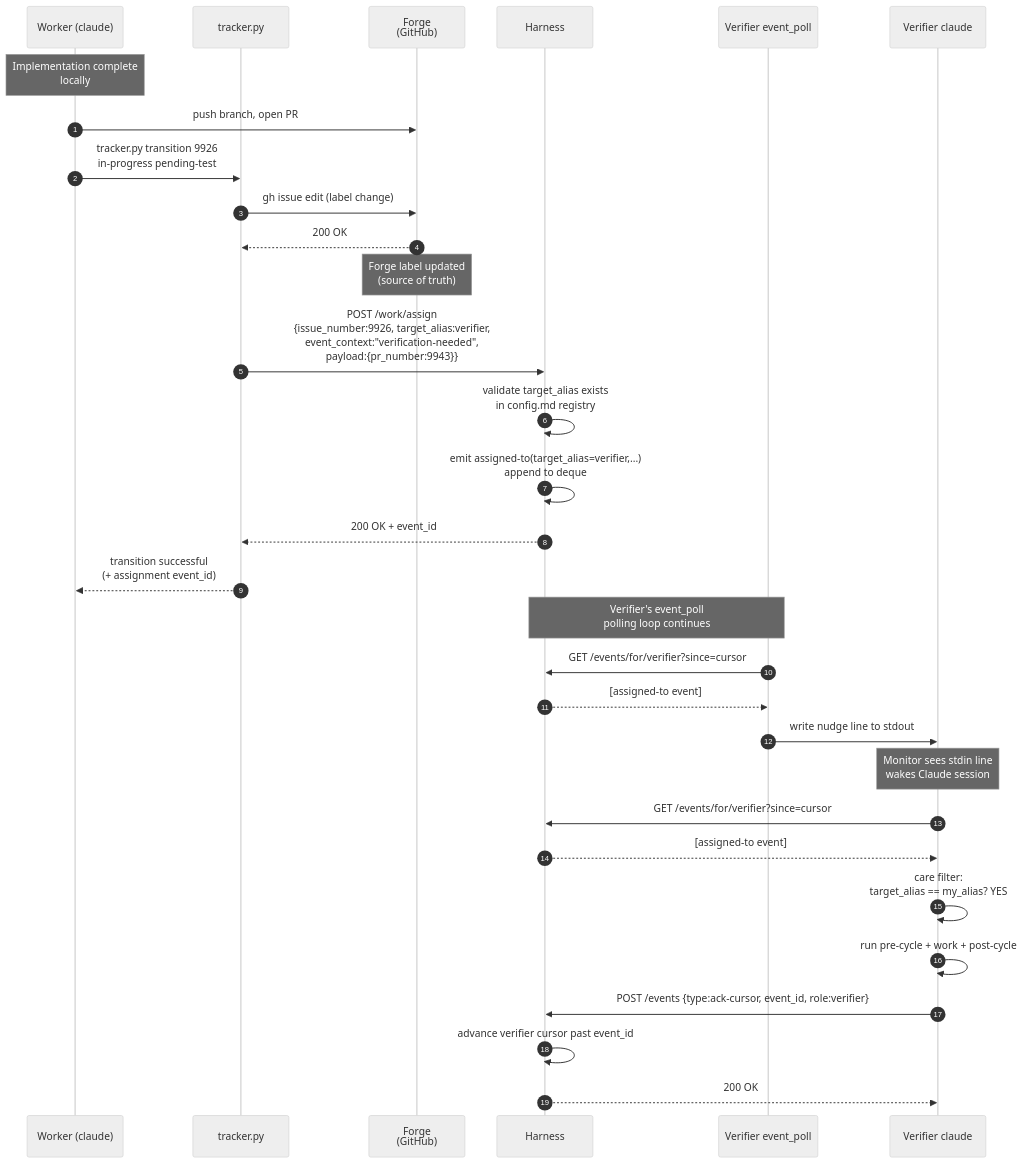
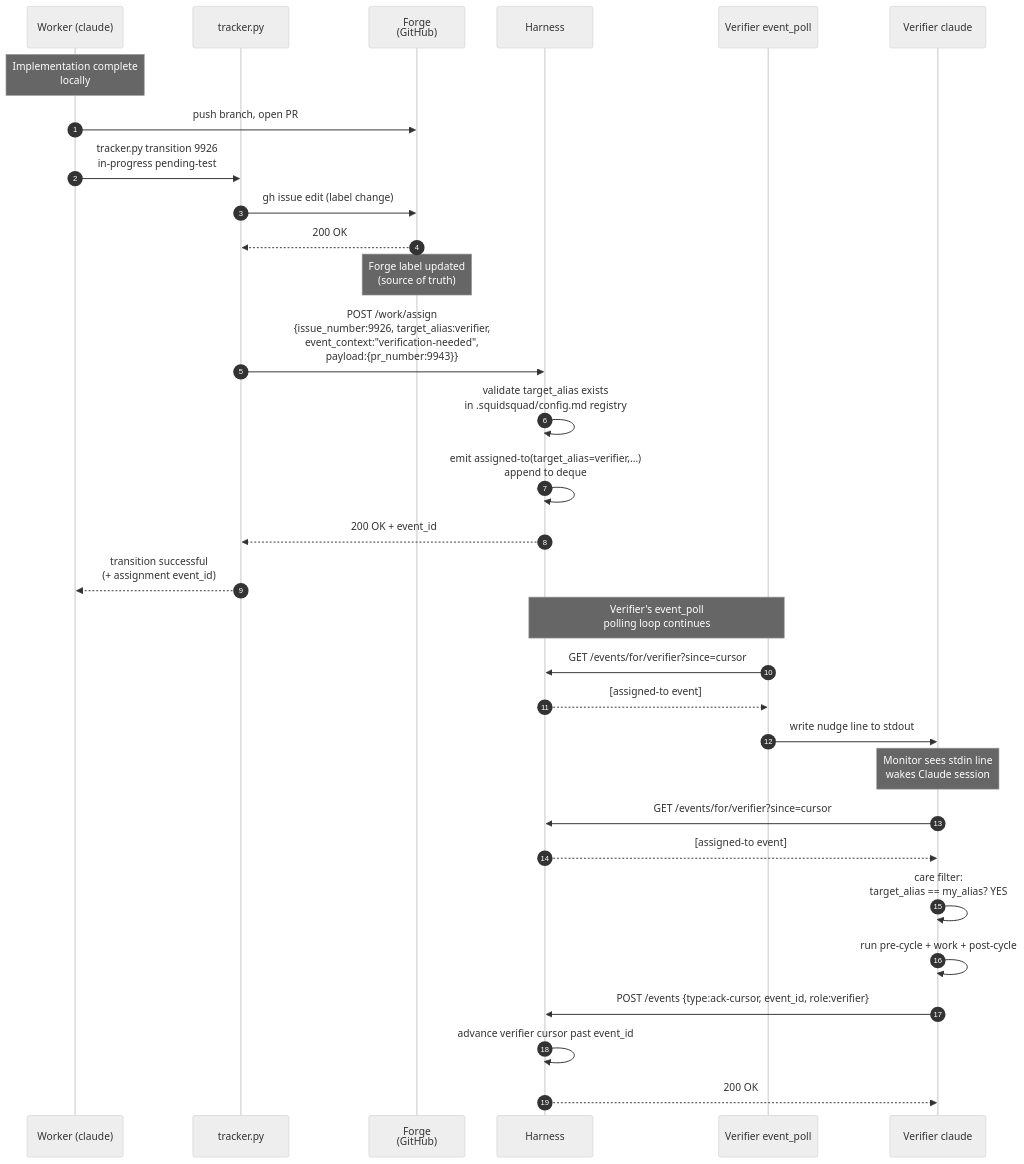
Diagram 13 of 16 in docs/AGENT-RUNTIME.md (WallyDoodlez/SquidSquad), drawn with Mermaid (neutral theme) before and after one commit. The commit also changed other lines of this file, not shown here.

First line of the commit message:
docs: AGENT-RUNTIME — forge-as-channel reframe + config.md path sweep + L1 polish (#10361)

````diff
--- a/docs/AGENT-RUNTIME.md
+++ b/docs/AGENT-RUNTIME.md
@@ -869,38 +879,38 @@
 ```mermaid
 sequenceDiagram
     autonumber
     participant W as Worker (claude)
     participant TR as tracker.py
     participant F as Forge<br/>(GitHub)
     participant H as Harness
     participant VEP as Verifier event_poll
     participant VC as Verifier claude
 
     Note over W: Implementation complete<br/>locally
     W->>F: push branch, open PR #9943
 
     W->>TR: tracker.py transition 9926<br/>in-progress pending-test
     TR->>F: gh issue edit (label change)
     F-->>TR: 200 OK
     Note over F: Forge label updated<br/>(source of truth)
     TR->>H: POST /work/assign<br/>{issue_number:9926, target_alias:verifier,<br/>event_context:"verification-needed",<br/>payload:{pr_number:9943}}
-    H->>H: validate target_alias exists<br/>in config.md registry
+    H->>H: validate target_alias exists<br/>in .squidsquad/config.md registry
     H->>H: emit assigned-to(target_alias=verifier,...)<br/>append to deque
     H-->>TR: 200 OK + event_id
     TR-->>W: transition successful<br/>(+ assignment event_id)
 
     Note over H,VEP: Verifier's event_poll<br/>polling loop continues
 
     VEP->>H: GET /events/for/verifier?since=cursor
     H-->>VEP: [assigned-to event]
     VEP->>VC: write nudge line to stdout
     Note over VC: Monitor sees stdin line<br/>wakes Claude session
 
     VC->>H: GET /events/for/verifier?since=cursor
     H-->>VC: [assigned-to event]
     VC->>VC: care filter:<br/>target_alias == my_alias? YES
     VC->>VC: run pre-cycle + work + post-cycle
     VC->>H: POST /events {type:ack-cursor, event_id, role:verifier}
     H->>H: advance verifier cursor past event_id
     H-->>VC: 200 OK
 ```
````
